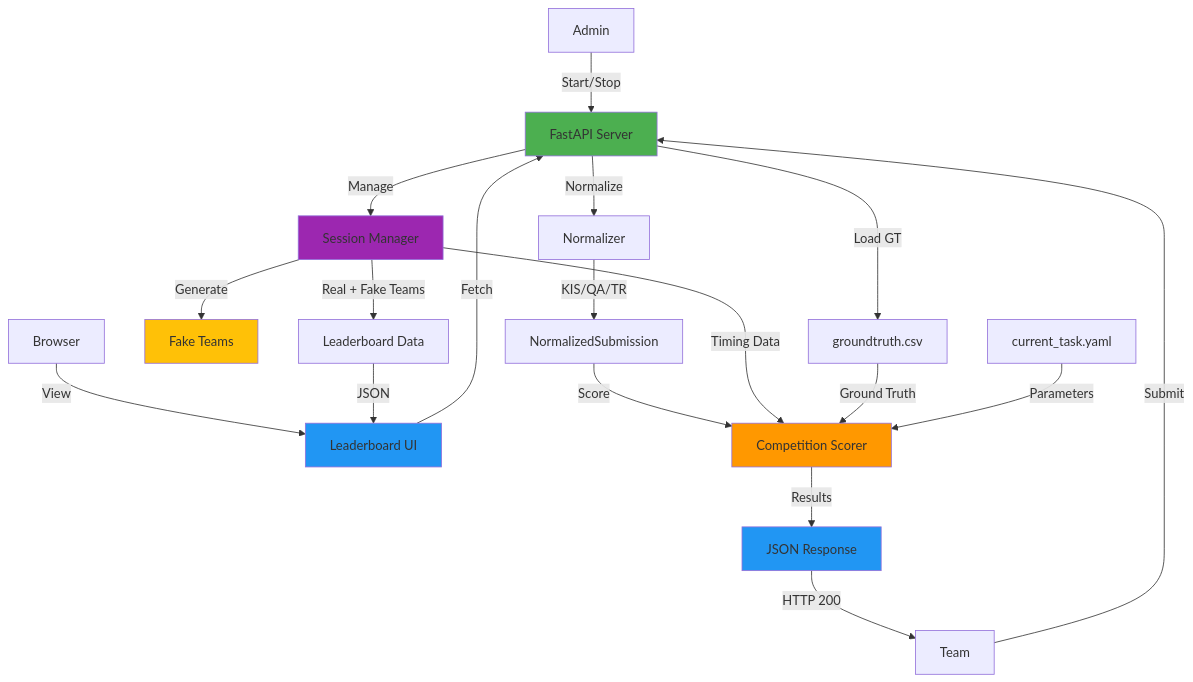
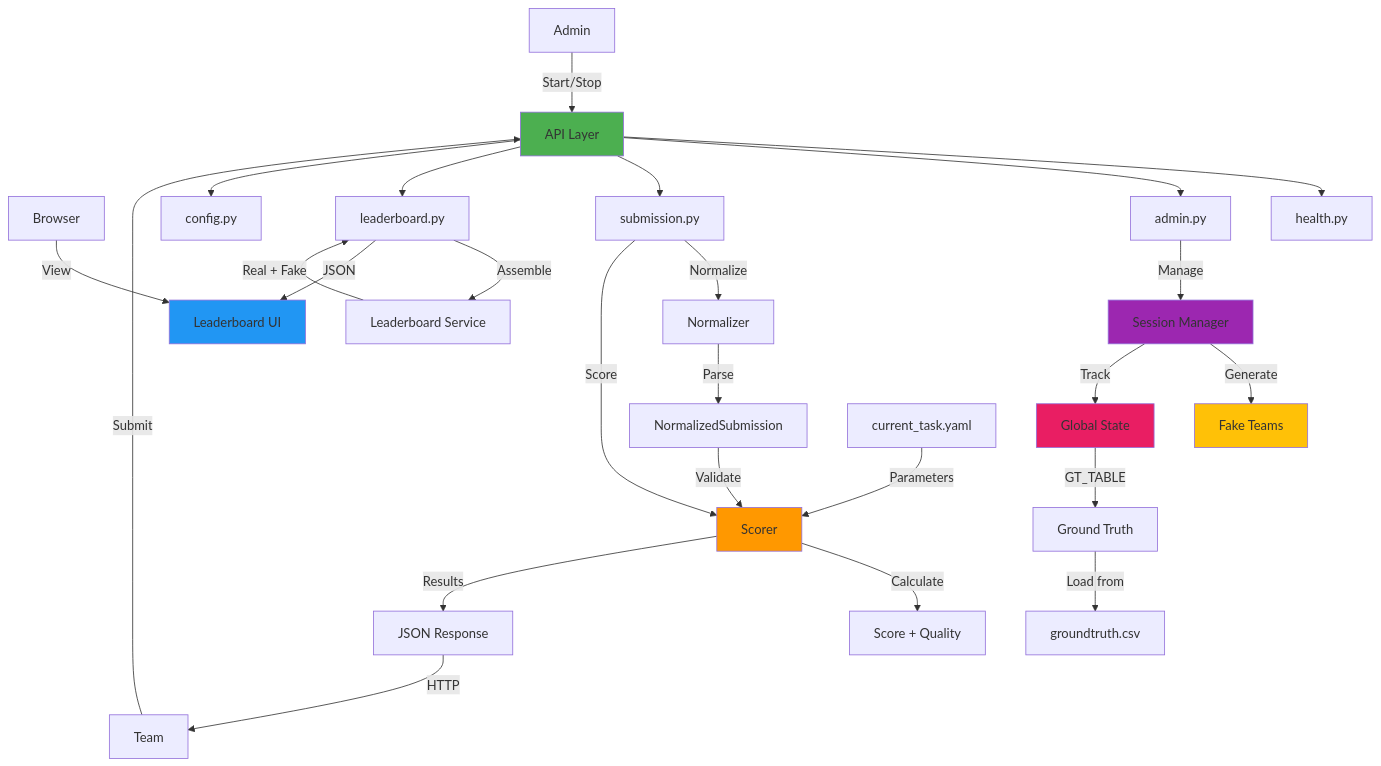
One commit to finalFlash159/mock-server-scoring-api-for-AIC-VBS changed the first of 9 diagrams in docs/system-design.md. Above: the diagram before and after it, drawn with Mermaid. The commit also changed other lines of this file and 34 other files, not shown here.

````diff
--- a/docs/system-design.md
+++ b/docs/system-design.md
@@ -5,27 +7,40 @@
 ```mermaid
 graph TB
-    Admin[Admin] -->|Start/Stop| API[FastAPI Server]
+    Admin[Admin] -->|Start/Stop| API[API Layer]
     Team[Team] -->|Submit| API
     Browser[Browser] -->|View| UI[Leaderboard UI]
-    UI -->|Fetch| API
-    API -->|Manage| Session[Session Manager]
+    
+    API --> Health[health.py]
+    API --> AdminR[admin.py]
+    API --> Submit[submission.py]
+    API --> LB[leaderboard.py]
+    API --> Cfg[config.py]
+    
+    AdminR -->|Manage| Session[Session Manager]
+    Submit -->|Normalize| Normalizer[Normalizer]
+    Submit -->|Score| Scorer[Scorer]
+    LB -->|Assemble| LBService[Leaderboard Service]
+    
     Session -->|Generate| Fake[Fake Teams]
-    API -->|Load GT| CSV[groundtruth.csv]
-    API -->|Normalize| Normalizer[Normalizer]
-    Normalizer -->|KIS/QA/TR| Submission[NormalizedSubmission]
-    Submission -->|Score| Scorer[Competition Scorer]
-    Session -->|Timing Data| Scorer
-    CSV -->|Ground Truth| Scorer
+    Normalizer -->|Parse| NS[NormalizedSubmission]
+    NS -->|Validate| Scorer
+    Scorer -->|Calculate| Score[Score + Quality]
+    
+    Session -->|Track| State[Global State]
+    State -->|GT_TABLE| GT[Ground Truth]
+    GT -->|Load from| CSV[groundtruth.csv]
+    
     Config[current_task.yaml] -->|Parameters| Scorer
     Scorer -->|Results| Response[JSON Response]
-    Response -->|HTTP 200| Team
-    Session -->|Real + Fake Teams| Leaderboard[Leaderboard Data]
-    Leaderboard -->|JSON| UI
+    Response -->|HTTP| Team
+    
+    LBService -->|Real + Fake| LB
+    LB -->|JSON| UI
     
     style API fill:#4CAF50
     style Session fill:#9C27B0
     style Scorer fill:#FF9800
-    style Response fill:#2196F3
+    style State fill:#E91E63
     style UI fill:#2196F3
     style Fake fill:#FFC107
 ```
````
